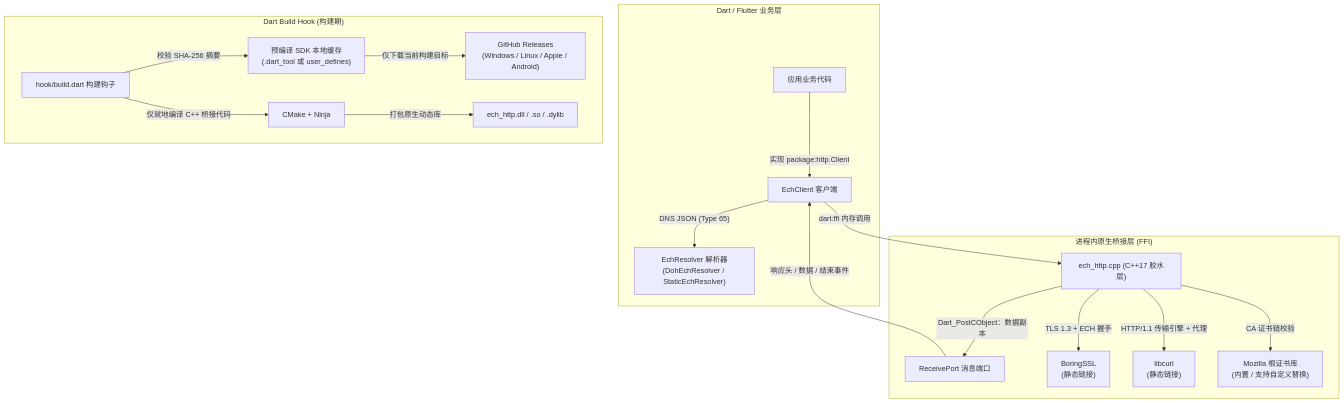
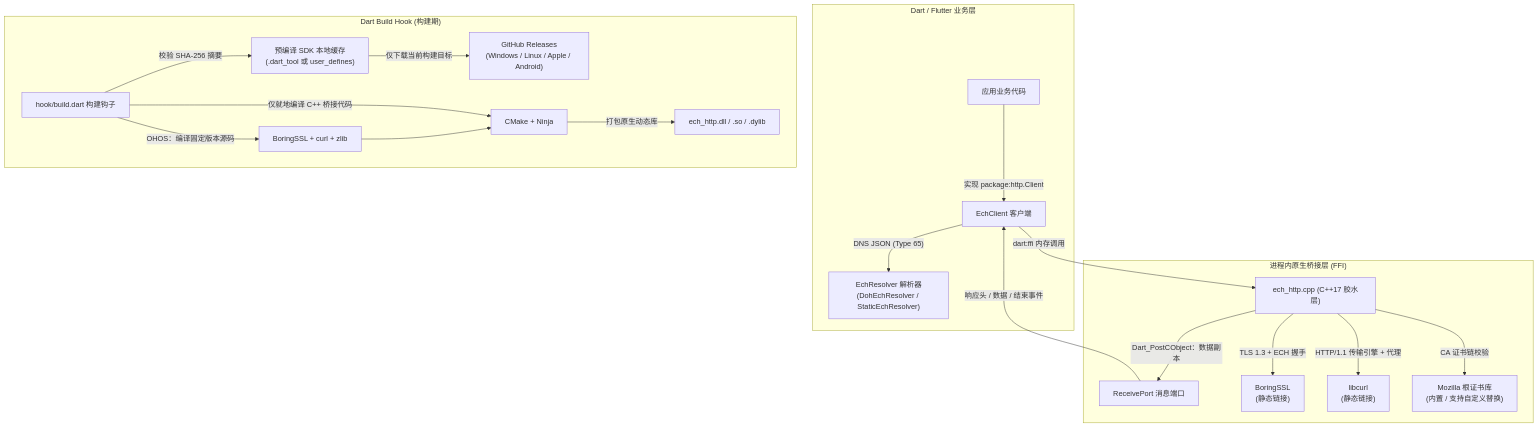
The diagram in README.zh-CN.md (ech-research/ech_http), drawn with Mermaid before and after one commit. The commit also changed other lines of this file and 9 other files, not shown here.

````diff
--- a/README.zh-CN.md
+++ b/README.zh-CN.md
@@ -22,23 +22,25 @@
 ```mermaid
 flowchart TD
     subgraph DartApp["Dart / Flutter 业务层"]
         Consumer["应用业务代码"] -->|"实现 package:http.Client"| EchClient["EchClient 客户端"]
         EchClient -->|"DNS JSON (Type 65)"| Resolver["EchResolver 解析器\n(DohEchResolver / StaticEchResolver)"]
     end
 
     subgraph NativeBridge["进程内原生桥接层 (FFI)"]
         EchClient -->|"dart:ffi 内存调用"| Bridge["ech_http.cpp (C++17 胶水层)"]
         Bridge -->|"Dart_PostCObject：数据副本"| Events["ReceivePort 消息端口"]
         Events -->|"响应头 / 数据 / 结束事件"| EchClient
         Bridge -->|"TLS 1.3 + ECH 握手"| BoringSSL["BoringSSL\n(静态链接)"]
         Bridge -->|"HTTP/1.1 传输引擎 + 代理"| Libcurl["libcurl\n(静态链接)"]
         Bridge -->|"CA 证书链校验"| MozRoots["Mozilla 根证书库\n(内置 / 支持自定义替换)"]
     end
 
     subgraph BuildSystem["Dart Build Hook (构建期)"]
         Hook["hook/build.dart 构建钩子"] -->|"校验 SHA-256 摘要"| SDKCache["预编译 SDK 本地缓存\n(.dart_tool 或 user_defines)"]
         SDKCache -->|"仅下载当前构建目标"| PrebuiltRepo["GitHub Releases\n(Windows / Linux / Apple / Android)"]
         Hook -->|"仅就地编译 C++ 桥接代码"| CMakeNinja["CMake + Ninja"]
+        Hook -->|"OHOS：编译固定版本源码"| OhosSources["BoringSSL + curl + zlib"]
+        OhosSources --> CMakeNinja
         CMakeNinja -->|"打包原生动态库"| OutputLib["ech_http.dll / .so / .dylib"]
     end
 ```
````
